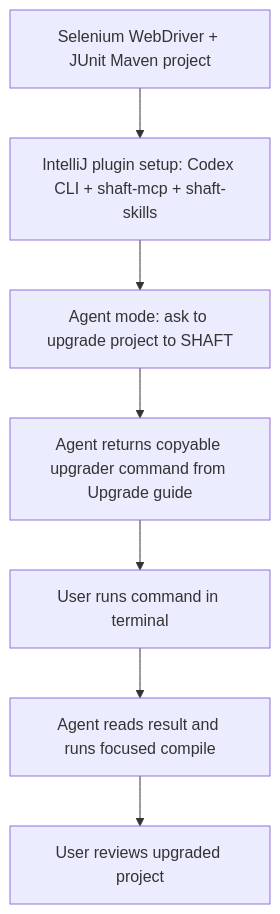
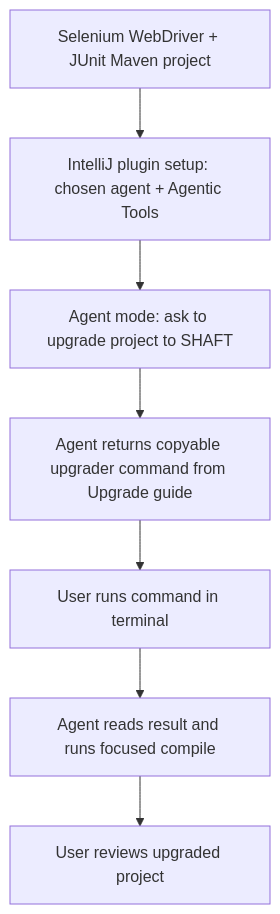
Before and after one commit to ShaftHQ/shafthq.github.io: the first of 4 diagrams in docs/agentic/intellij.md, drawn with Mermaid. The commit also changed other lines of this file and 10 other files, not shown here.

First line of the commit message:
docs(agentic): document Assistant setup, Agentic Tools, and generate-from-scenario

````diff
--- a/docs/agentic/intellij.md
+++ b/docs/agentic/intellij.md
@@ -286,9 +297,9 @@
 ```mermaid
 flowchart TD
-    Project[Selenium WebDriver + JUnit Maven project] --> Setup[IntelliJ plugin setup: Codex CLI + shaft-mcp + shaft-skills]
+    Project[Selenium WebDriver + JUnit Maven project] --> Setup[IntelliJ plugin setup: chosen agent + Agentic Tools]
     Setup --> AskUpgrade[Agent mode: ask to upgrade project to SHAFT]
     AskUpgrade --> Command[Agent returns copyable upgrader command from Upgrade guide]
     Command --> UserRuns[User runs command in terminal]
     UserRuns --> Compile[Agent reads result and runs focused compile]
     Compile --> Review[User reviews upgraded project]
 ```
````
